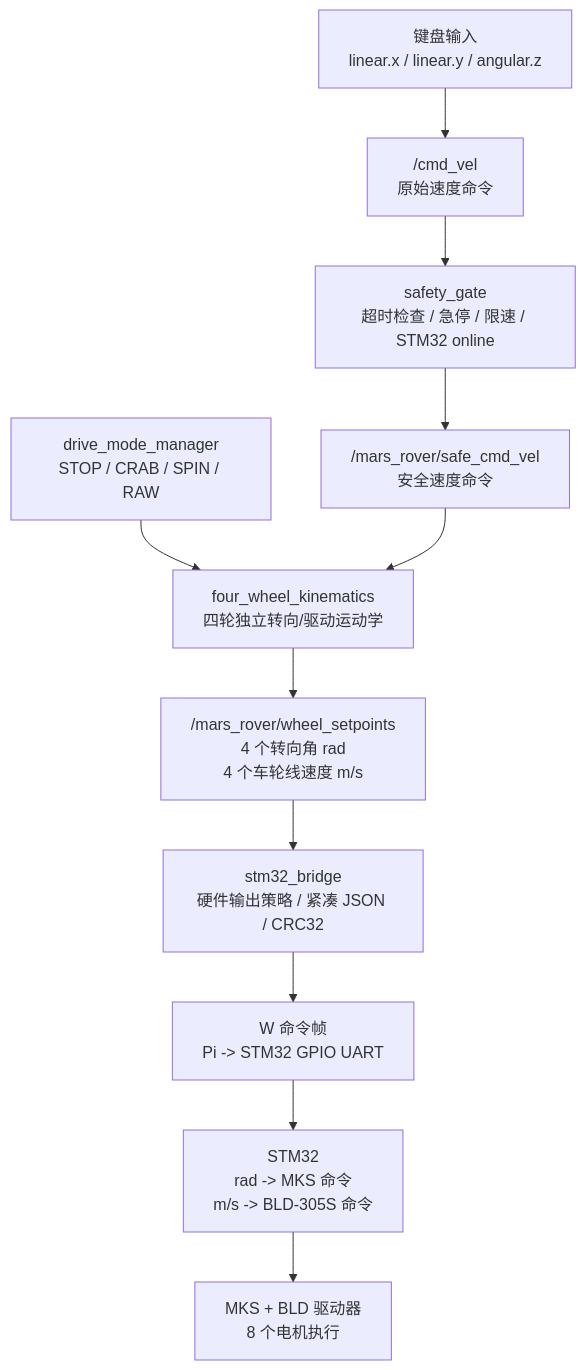
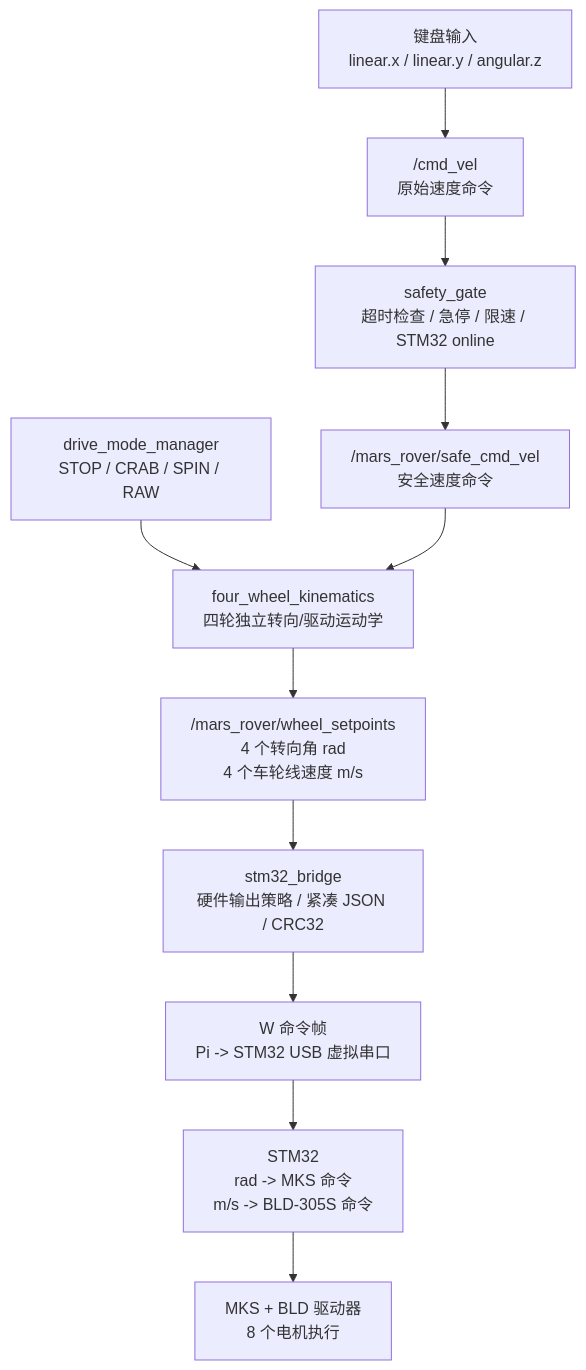
One commit to lixiang-moss/rover changed the second of 2 diagrams in docs/火星车ROS2项目汇报提纲.md. Above: the diagram before and after it, drawn with Mermaid. The commit also changed other lines of this file and 46 other files, not shown here.

````diff
--- a/docs/火星车ROS2项目汇报提纲.md
+++ b/docs/火星车ROS2项目汇报提纲.md
@@ -412,25 +412,25 @@
 ```mermaid
 flowchart TB
     Input["键盘输入\nlinear.x / linear.y / angular.z"]
     CmdVel["/cmd_vel\n原始速度命令"]
     Safety["safety_gate\n超时检查 / 急停 / 限速 / STM32 online"]
     SafeCmd["/mars_rover/safe_cmd_vel\n安全速度命令"]
     ModeReq["drive_mode_manager\nSTOP / CRAB / SPIN / RAW"]
     Kinematics["four_wheel_kinematics\n四轮独立转向/驱动运动学"]
     Setpoints["/mars_rover/wheel_setpoints\n4 个转向角 rad\n4 个车轮线速度 m/s"]
     Bridge["stm32_bridge\n硬件输出策略 / 紧凑 JSON / CRC32"]
-    Serial["W 命令帧\nPi -> STM32 GPIO UART"]
+    Serial["W 命令帧\nPi -> STM32 USB 虚拟串口"]
     STM32["STM32\nrad -> MKS 命令\nm/s -> BLD-305S 命令"]
     Motors["MKS + BLD 驱动器\n8 个电机执行"]
 
     Input --> CmdVel
     CmdVel --> Safety
     Safety --> SafeCmd
     ModeReq --> Kinematics
     SafeCmd --> Kinematics
     Kinematics --> Setpoints
     Setpoints --> Bridge
     Bridge --> Serial
     Serial --> STM32
     STM32 --> Motors
 ```
````
